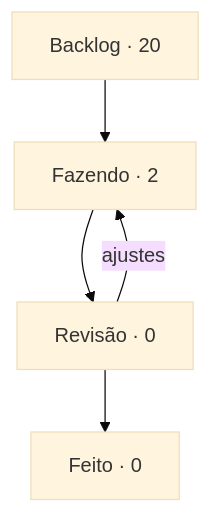
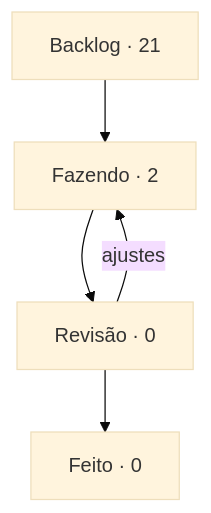
One commit to StudioVibi/VibiKanban changed the diagram in boards/dungeon-bend/BOARD.md. Above: the diagram before and after it, drawn with Mermaid (base theme). The commit also changed other lines of this file and 2 other files, not shown here.

````diff
--- a/boards/dungeon-bend/BOARD.md
+++ b/boards/dungeon-bend/BOARD.md
@@ -5,10 +5,10 @@
 ```mermaid
 flowchart TD
-  backlog["Backlog · 20"] --> doing["Fazendo · 2"]
+  backlog["Backlog · 21"] --> doing["Fazendo · 2"]
   doing --> review["Revisão · 0"]
   review --> done["Feito · 0"]
   review -->|ajustes| doing
   doing:::blue
   review:::yellow
   done:::green
 ```
````
